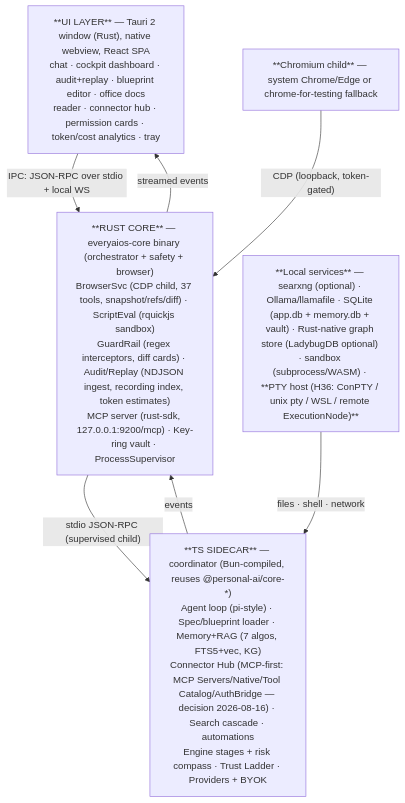
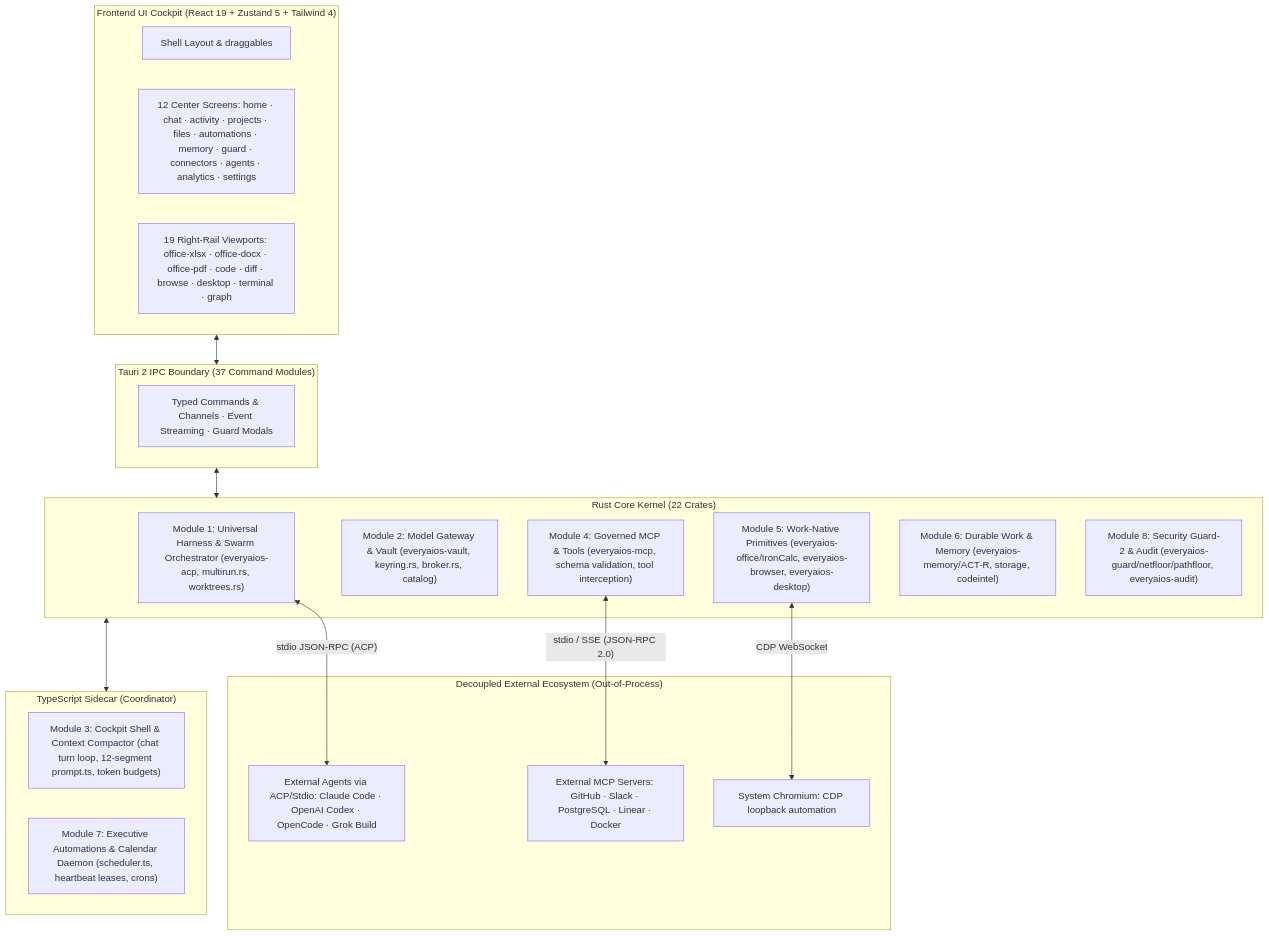
Before and after one commit to sarv-projects/EveryAIOS: the diagram in ARCH/01-SYSTEM-ARCHITECTURE.md, drawn with Mermaid. The commit also changed other lines of this file and 9 other files, not shown here.

Commit message:
docs: freeze 8-module universal harness architecture and spec overhaul

````diff
--- a/ARCH/01-SYSTEM-ARCHITECTURE.md
+++ b/ARCH/01-SYSTEM-ARCHITECTURE.md
@@ -7,14 +12,39 @@
 ```mermaid
 flowchart TD
-    UI["**UI LAYER** — Tauri 2 window (Rust), native webview, React SPA<br/>chat · cockpit dashboard · audit+replay · blueprint editor · office docs<br/>reader · connector hub · permission cards · token/cost analytics · tray"]
-    CORE["**RUST CORE** — everyaios-core binary (orchestrator + safety + browser)<br/>BrowserSvc (CDP child, 37 tools, snapshot/refs/diff) · ScriptEval (rquickjs sandbox)<br/>GuardRail (regex interceptors, diff cards) · Audit/Replay (NDJSON ingest, recording index, token estimates)<br/>MCP server (rust-sdk, 127.0.0.1:9200/mcp) · Key-ring vault · ProcessSupervisor"]
-    SIDE["**TS SIDECAR** — coordinator (Bun-compiled, reuses @personal-ai/core-*)<br/>Agent loop (pi-style) · Spec/blueprint loader · Memory+RAG (7 algos, FTS5+vec, KG)<br/>Connector Hub (MCP-first: MCP Servers/Native/Tool Catalog/AuthBridge — decision 2026-08-16) · Search cascade · automations<br/>Engine stages + risk compass · Trust Ladder · Providers + BYOK"]
-    CHROME["**Chromium child** — system Chrome/Edge or chrome-for-testing fallback"]
-    LOCAL["**Local services** — searxng (optional) · Ollama/llamafile · SQLite (app.db + memory.db + vault) · Rust-native graph store (LadybugDB optional) · sandbox (subprocess/WASM) · **PTY host (H36: ConPTY / unix pty / WSL / remote ExecutionNode)**"]
-    UI -->|"IPC: JSON-RPC over stdio + local WS"| CORE
-    CORE -->|"streamed events"| UI
-    CORE -->|"stdio JSON-RPC (supervised child)"| SIDE
-    SIDE -->|"events"| CORE
-    CHROME -->|"CDP (loopback, token-gated)"| CORE
-    LOCAL -->|"files · shell · network"| SIDE
+    subgraph FRONTEND["Frontend UI Cockpit (React 19 + Zustand 5 + Tailwind 4)"]
+        UI_MAIN["Shell Layout & draggables"]
+        UI_VIEWS["12 Center Screens: home · chat · activity · projects · files · automations · memory · guard · connectors · agents · analytics · settings"]
+        UI_RAILS["19 Right-Rail Viewports: office-xlsx · office-docx · office-pdf · code · diff · browse · desktop · terminal · graph"]
+    end
+
+    subgraph TAURI_BRIDGE["Tauri 2 IPC Boundary (37 Command Modules)"]
+        IPC["Typed Commands & Channels · Event Streaming · Guard Modals"]
+    end
+
+    subgraph KERNEL["Rust Core Kernel (22 Crates)"]
+        M1["Module 1: Universal Harness & Swarm Orchestrator (everyaios-acp, multirun.rs, worktrees.rs)"]
+        M2["Module 2: Model Gateway & Vault (everyaios-vault, keyring.rs, broker.rs, catalog)"]
+        M4["Module 4: Governed MCP & Tools (everyaios-mcp, schema validation, tool interception)"]
+        M5["Module 5: Work-Native Primitives (everyaios-office/IronCalc, everyaios-browser, everyaios-desktop)"]
+        M6["Module 6: Durable Work & Memory (everyaios-memory/ACT-R, storage, codeintel)"]
+        M8["Module 8: Security Guard-2 & Audit (everyaios-guard/netfloor/pathfloor, everyaios-audit)"]
+    end
+
+    subgraph SIDECAR["TypeScript Sidecar (Coordinator)"]
+        M3["Module 3: Cockpit Shell & Context Compactor (chat turn loop, 12-segment prompt.ts, token budgets)"]
+        M7["Module 7: Executive Automations & Calendar Daemon (scheduler.ts, heartbeat leases, crons)"]
+    end
+
+    subgraph DECOUPLED["Decoupled External Ecosystem (Out-of-Process)"]
+        EXT_AGENTS["External Agents via ACP/Stdio: Claude Code · OpenAI Codex · OpenCode · Grok Build"]
+        EXT_MCP["External MCP Servers: GitHub · Slack · PostgreSQL · Linear · Docker"]
+        EXT_CHROME["System Chromium: CDP loopback automation"]
+    end
+
+    FRONTEND <--> TAURI_BRIDGE
+    TAURI_BRIDGE <--> KERNEL
+    KERNEL <--> SIDECAR
+    M1 <-->|"stdio JSON-RPC (ACP)"| EXT_AGENTS
+    M4 <-->|"stdio / SSE (JSON-RPC 2.0)"| EXT_MCP
+    M5 <-->|"CDP WebSocket"| EXT_CHROME
 ```
````
